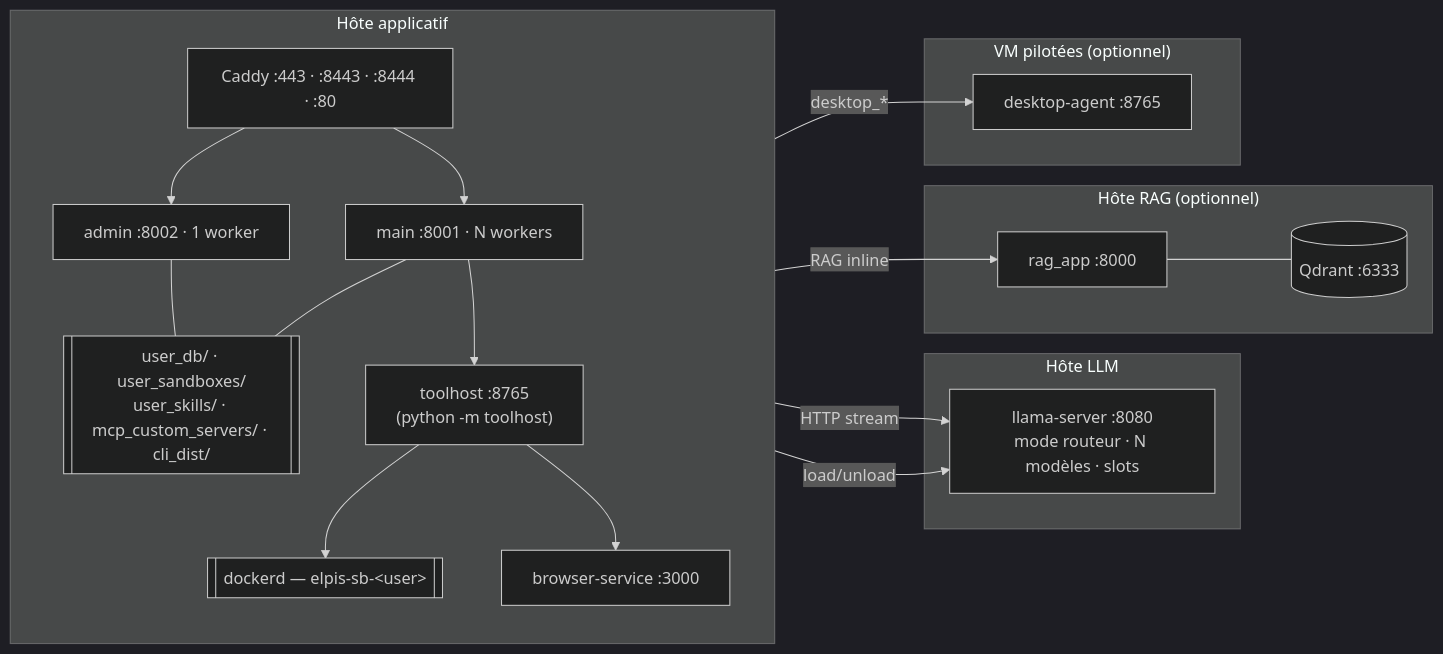
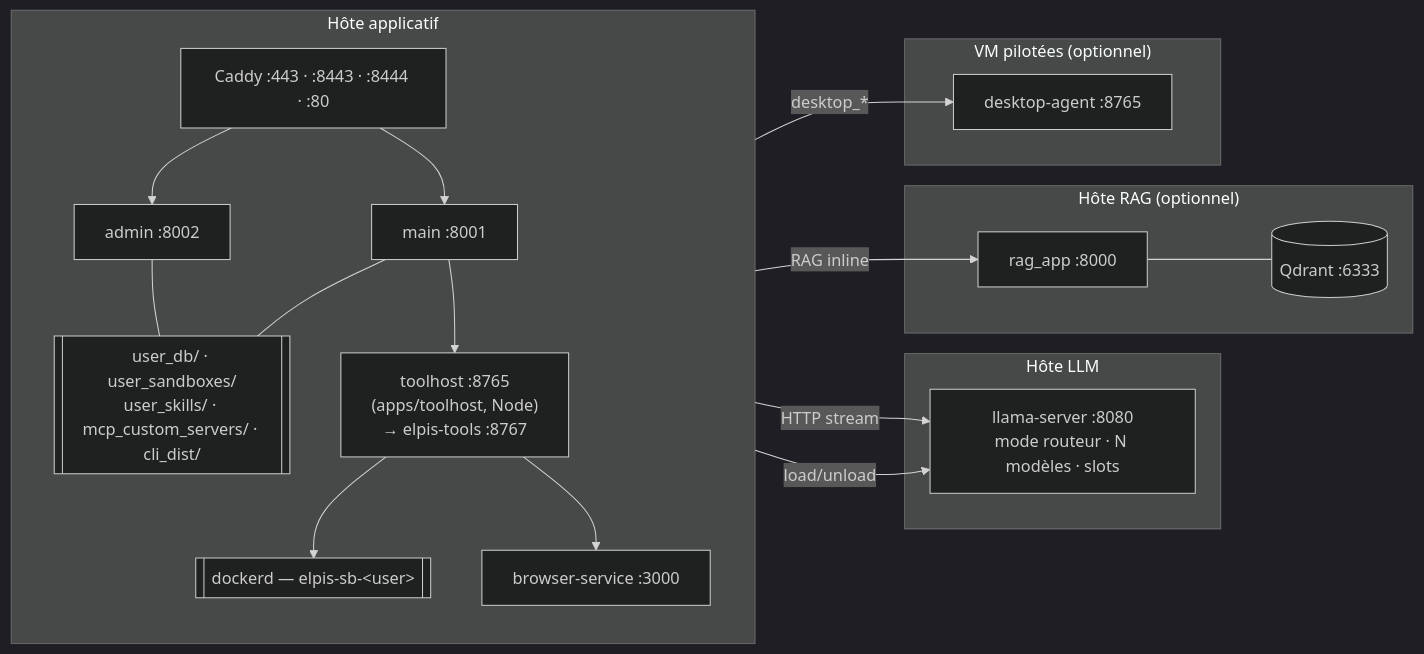
Before and after one commit to toto-fou/Elpis: the second of 16 diagrams in docs/architecture.md, drawn with Mermaid (dark theme). The commit also changed other lines of this file and 2475 other files, not shown here.

````diff
--- a/docs/architecture.md
+++ b/docs/architecture.md
@@ -214,33 +218,33 @@
 ```mermaid
 flowchart LR
     subgraph host1["Hôte applicatif"]
         direction TB
         c["Caddy :443 · :8443 · :8444 · :80"]
-        m["main :8001 · N workers"]
-        a["admin :8002 · 1 worker"]
-        s["toolhost :8765<br/>(python -m toolhost)"]
+        m["main :8001"]
+        a["admin :8002"]
+        s["toolhost :8765<br/>(apps/toolhost, Node)<br/>→ elpis-tools :8767"]
         b["browser-service :3000"]
         d[["user_db/ · user_sandboxes/<br/>user_skills/ · mcp_custom_servers/ · cli_dist/"]]
         dk[["dockerd — elpis-sb-&lt;user&gt;"]]
         c --> m & a
         m --- d
         a --- d
         m --> s --> dk
         s --> b
     end
     subgraph host2["Hôte LLM"]
         l["llama-server :8080<br/>mode routeur · N modèles · slots"]
     end
     subgraph host3["Hôte RAG (optionnel)"]
         r["rag_app :8000"]
         q[("Qdrant :6333")]
         r --- q
     end
     subgraph host4["VM pilotées (optionnel)"]
         ag["desktop-agent :8765"]
     end
     m -- HTTP stream --> l
     a -- "load/unload" --> l
     m -- "RAG inline" --> r
     s -- "desktop_*" --> ag
 ```
````
